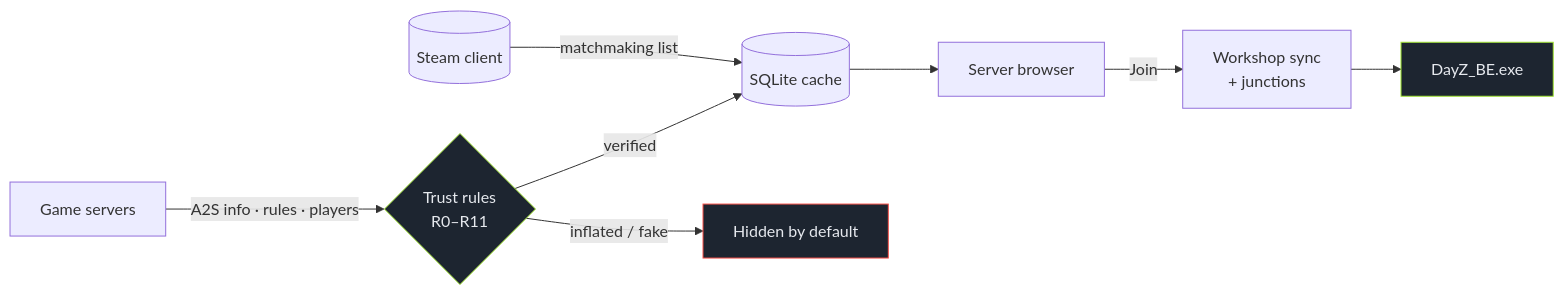
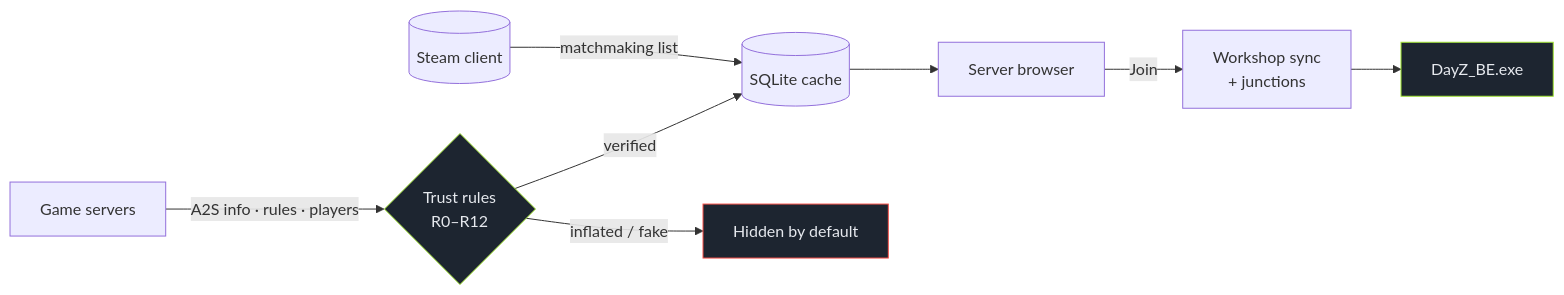
Before and after one commit to NobbyBo11ocks/DayZ-Launcher: the diagram in README.md, drawn with Mermaid. The commit also changed other lines of this file and 19 other files, not shown here.

````diff
--- a/README.md
+++ b/README.md
@@ -155,13 +155,13 @@
 ```mermaid
 flowchart LR
   Steam[("Steam client")] -- matchmaking list --> Cache[("SQLite cache")]
-  Servers["Game servers"] -- "A2S info · rules · players" --> Verify{"Trust rules<br/>R0–R11"}
+  Servers["Game servers"] -- "A2S info · rules · players" --> Verify{"Trust rules<br/>R0–R12"}
   Verify -- verified --> Cache
   Verify -- inflated / fake --> Hidden["Hidden by default"]
   Cache --> UI["Server browser"]
   UI -- Join --> Sync["Workshop sync<br/>+ junctions"] --> BE["DayZ_BE.exe"]
 
   style Verify fill:#1d2530,stroke:#a3e635,color:#e6e9ee
   style Hidden fill:#1d2530,stroke:#f85149,color:#e6e9ee
   style BE fill:#1d2530,stroke:#a3e635,color:#e6e9ee
 ```
````
